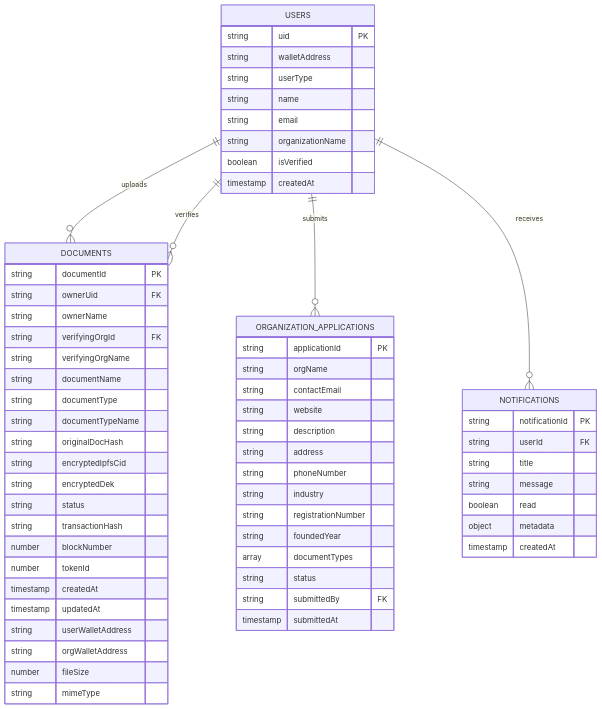
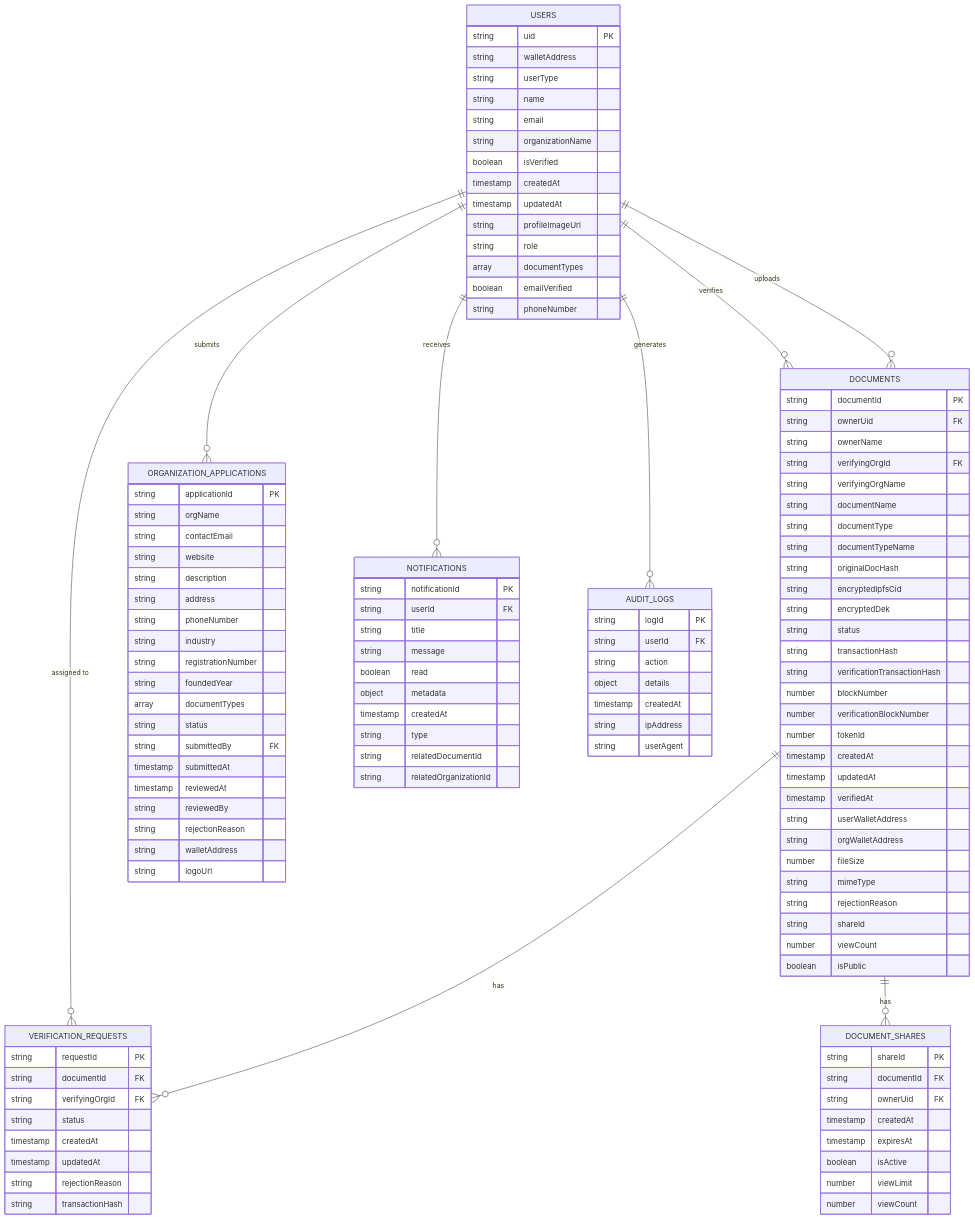
Before and after one commit to TheDonCipher/authentico-bolt: the diagram in docs/diagrams/database-schema.md, drawn with Mermaid. The commit also changed 255 other files, not shown here.

````diff
--- a/docs/diagrams/database-schema.md
+++ b/docs/diagrams/database-schema.md
@@ -9,8 +9,14 @@
         string organizationName
         boolean isVerified
         timestamp createdAt
+        timestamp updatedAt
+        string profileImageUrl
+        string role
+        array documentTypes
+        boolean emailVerified
+        string phoneNumber
     }
-    
+
     DOCUMENTS {
         string documentId PK
         string ownerUid FK
@@ -25,16 +31,23 @@
         string encryptedDek
         string status
         string transactionHash
+        string verificationTransactionHash
         number blockNumber
+        number verificationBlockNumber
         number tokenId
         timestamp createdAt
         timestamp updatedAt
+        timestamp verifiedAt
         string userWalletAddress
         string orgWalletAddress
         number fileSize
         string mimeType
+        string rejectionReason
+        string shareId
+        number viewCount
+        boolean isPublic
     }
-    
+
     ORGANIZATION_APPLICATIONS {
         string applicationId PK
         string orgName
@@ -50,8 +63,13 @@
         string status
         string submittedBy FK
         timestamp submittedAt
+        timestamp reviewedAt
+        string reviewedBy
+        string rejectionReason
+        string walletAddress
+        string logoUrl
     }
-    
+
     NOTIFICATIONS {
         string notificationId PK
         string userId FK
@@ -60,10 +78,49 @@
         boolean read
         object metadata
         timestamp createdAt
+        string type
+        string relatedDocumentId
+        string relatedOrganizationId
     }
-    
+
+    VERIFICATION_REQUESTS {
+        string requestId PK
+        string documentId FK
+        string verifyingOrgId FK
+        string status
+        timestamp createdAt
+        timestamp updatedAt
+        string rejectionReason
+        string transactionHash
+    }
+
+    DOCUMENT_SHARES {
+        string shareId PK
+        string documentId FK
+        string ownerUid FK
+        timestamp createdAt
+        timestamp expiresAt
+        boolean isActive
+        number viewLimit
+        number viewCount
+    }
+
+    AUDIT_LOGS {
+        string logId PK
+        string userId FK
+        string action
+        object details
+        timestamp createdAt
+        string ipAddress
+        string userAgent
+    }
+
     USERS ||--o{ DOCUMENTS : "uploads"
     USERS ||--o{ ORGANIZATION_APPLICATIONS : "submits"
     USERS ||--o{ DOCUMENTS : "verifies"
     USERS ||--o{ NOTIFICATIONS : "receives"
+    DOCUMENTS ||--o{ VERIFICATION_REQUESTS : "has"
+    DOCUMENTS ||--o{ DOCUMENT_SHARES : "has"
+    USERS ||--o{ AUDIT_LOGS : "generates"
+    VERIFICATION_REQUESTS }o--|| USERS : "assigned to"
 ```
````
